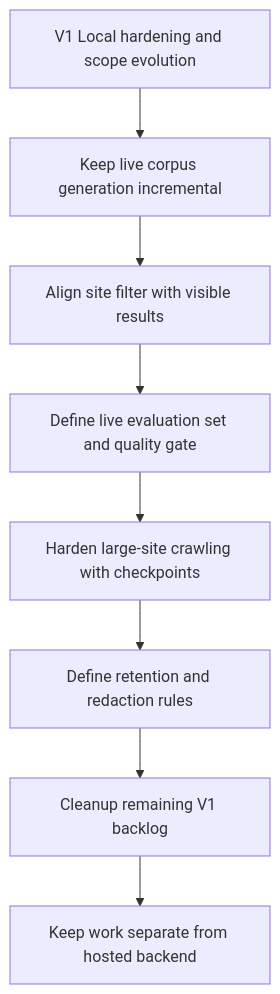
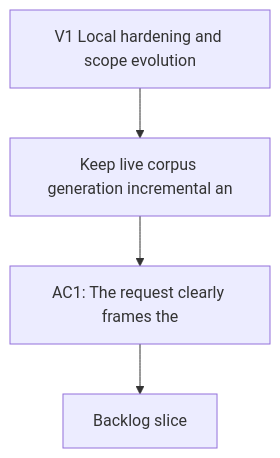
One commit to AlexAgo83/deepvault changed the diagram in logics/request/req_001_v1_local_hardening_and_scope_evolution.md. Above: the diagram before and after it, drawn with Mermaid. The commit also changed 57 other files, not shown here.

Commit message:
Add ingestion quality request and AI stats UI

````diff
--- a/logics/request/req_001_v1_local_hardening_and_scope_evolution.md
+++ b/logics/request/req_001_v1_local_hardening_and_scope_evolution.md
@@ -27,12 +27,8 @@
 ```mermaid
 %% logics-kind: request
 %% logics-signature: request|v1-local-hardening-and-scope-evolution|keep-live-corpus-generation-incremental-|ac1-the-request-clearly-frames-the
 flowchart TD
-    Trigger[V1 Local hardening and scope evolution] --> Incremental[Keep live corpus generation incremental]
-    Incremental --> Filter[Align site filter with visible results]
-    Filter --> Eval[Define live evaluation set and quality gate]
-    Eval --> Harden[Harden large-site crawling with checkpoints]
-    Harden --> Retention[Define retention and redaction rules]
-    Retention --> Cleanup[Cleanup remaining V1 backlog]
-    Cleanup --> Separate[Keep work separate from hosted backend]
+    Trigger[V1 Local hardening and scope evolution] --> Need[Keep live corpus generation incremental an]
+    Need --> Outcome[AC1: The request clearly frames the]
+    Outcome --> Backlog[Backlog slice]
 ```
````
